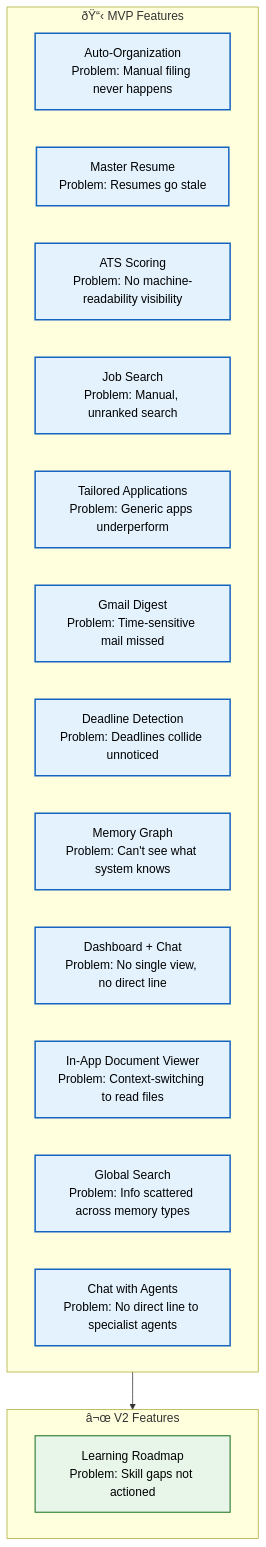
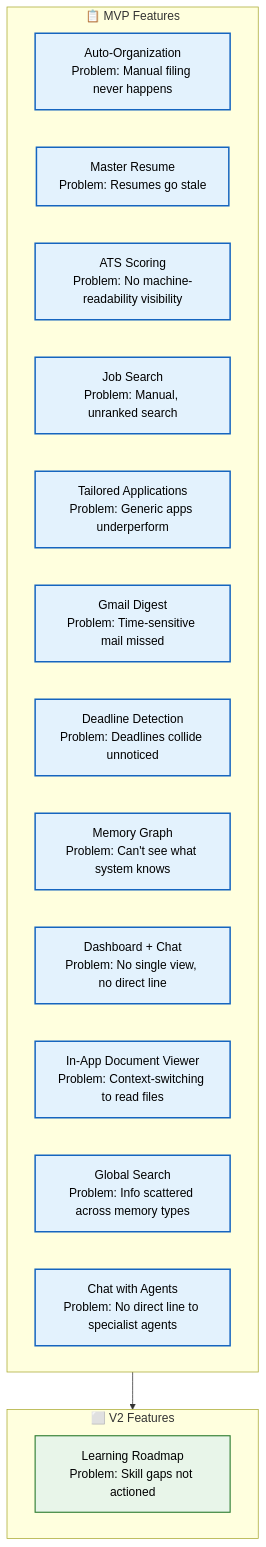
The diagram in Docs/Product/Features.md (Driftloom/Vaeloom), drawn with Mermaid before and after one commit. The commit also changed other lines of this file and 31 other files, not shown here.

Commit message:
docs(product): add PRD, roadmap, user-stories, personas, specs, and strategy

````diff
--- a/Docs/Product/Features.md
+++ b/Docs/Product/Features.md
@@ -11,29 +11,29 @@
 ```mermaid
 graph TD
     classDef mvp fill:#e3f2fd,stroke:#1565c0,color:#000,stroke-width:2px
     classDef v2 fill:#e8f5e9,stroke:#2e7d32,color:#000,stroke-width:1.5px
 
-    subgraph MVP["ðŸ“‹ MVP Features"]
+    subgraph MVP["📋 MVP Features"]
         F1["Auto-Organization<br/>Problem: Manual filing never happens"]
         F2["Master Resume<br/>Problem: Resumes go stale"]
         F3["ATS Scoring<br/>Problem: No machine-readability visibility"]
         F4["Job Search<br/>Problem: Manual, unranked search"]
         F5["Tailored Applications<br/>Problem: Generic apps underperform"]
         F6["Gmail Digest<br/>Problem: Time-sensitive mail missed"]
         F7["Deadline Detection<br/>Problem: Deadlines collide unnoticed"]
         F8["Memory Graph<br/>Problem: Can't see what system knows"]
         F9["Dashboard + Chat<br/>Problem: No single view, no direct line"]
         F10["In-App Document Viewer<br/>Problem: Context-switching to read files"]
         F11["Global Search<br/>Problem: Info scattered across memory types"]
         F12["Chat with Agents<br/>Problem: No direct line to specialist agents"]
     end
 
-    subgraph V2["â¬œ V2 Features"]
+    subgraph V2["⬜ V2 Features"]
         V1["Learning Roadmap<br/>Problem: Skill gaps not actioned"]
     end
 
     MVP --> V2
 
     class F1,F2,F3,F4,F5,F6,F7,F8,F9,F10,F11,F12 mvp
     class V1 v2
 ```
````
